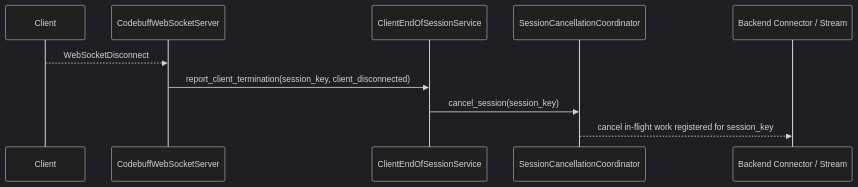
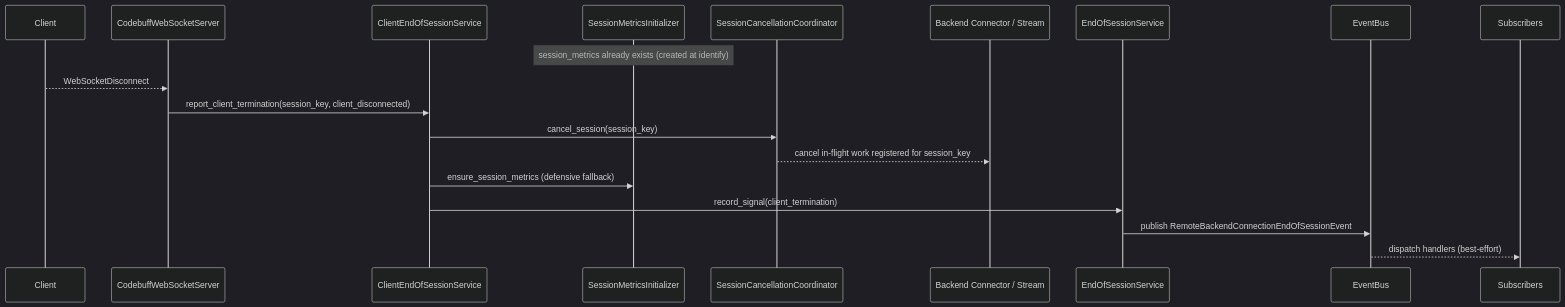
One commit to matdev83/llm-interactive-proxy changed the seventh of 7 diagrams in .kiro/specs/client-end-of-session-handling/design.md. Above: the diagram before and after it, drawn with Mermaid (dark theme). The commit also changed other lines of this file and 1 other file, not shown here.

Commit message:
Create spec: .kiro\specs\client-end-of-session-handling

````diff
--- a/.kiro/specs/client-end-of-session-handling/design.md
+++ b/.kiro/specs/client-end-of-session-handling/design.md
@@ -130,13 +215,22 @@
 ```mermaid
 sequenceDiagram
-  participant Client
-  participant WS as CodebuffWebSocketServer
-  participant ClientEos as ClientEndOfSessionService
-  participant Cancel as SessionCancellationCoordinator
-  participant Backend as Backend Connector / Stream
+	  participant Client
+	  participant WS as CodebuffWebSocketServer
+	  participant ClientEos as ClientEndOfSessionService
+	  participant MetricsInit as SessionMetricsInitializer
+	  participant Cancel as SessionCancellationCoordinator
+	  participant Backend as Backend Connector / Stream
+	  participant Eos as EndOfSessionService
+	  participant Bus as EventBus
+	  participant Sub as Subscribers
 
-  Client -->> WS: WebSocketDisconnect
-  WS ->> ClientEos: report_client_termination(session_key, client_disconnected)
-  ClientEos ->> Cancel: cancel_session(session_key)
-  Cancel -->> Backend: cancel in-flight work registered for session_key
+	  Note over MetricsInit: session_metrics already exists (created at identify)
+	  Client -->> WS: WebSocketDisconnect
+	  WS ->> ClientEos: report_client_termination(session_key, client_disconnected)
+	  ClientEos ->> Cancel: cancel_session(session_key)
+	  Cancel -->> Backend: cancel in-flight work registered for session_key
+	  ClientEos ->> MetricsInit: ensure_session_metrics (defensive fallback)
+	  ClientEos ->> Eos: record_signal(client_termination)
+	  Eos ->> Bus: publish RemoteBackendConnectionEndOfSessionEvent
+	  Bus -->> Sub: dispatch handlers (best-effort)
 ```
````
